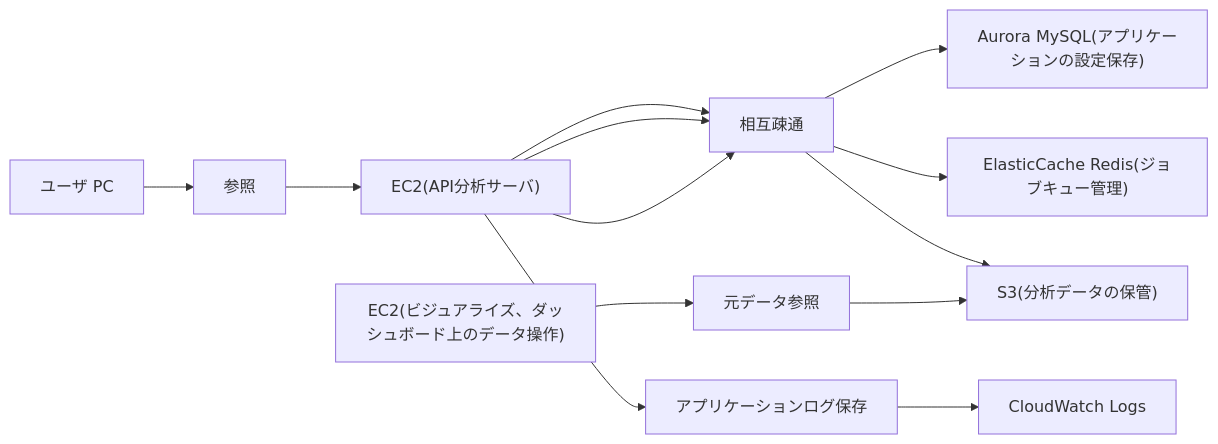
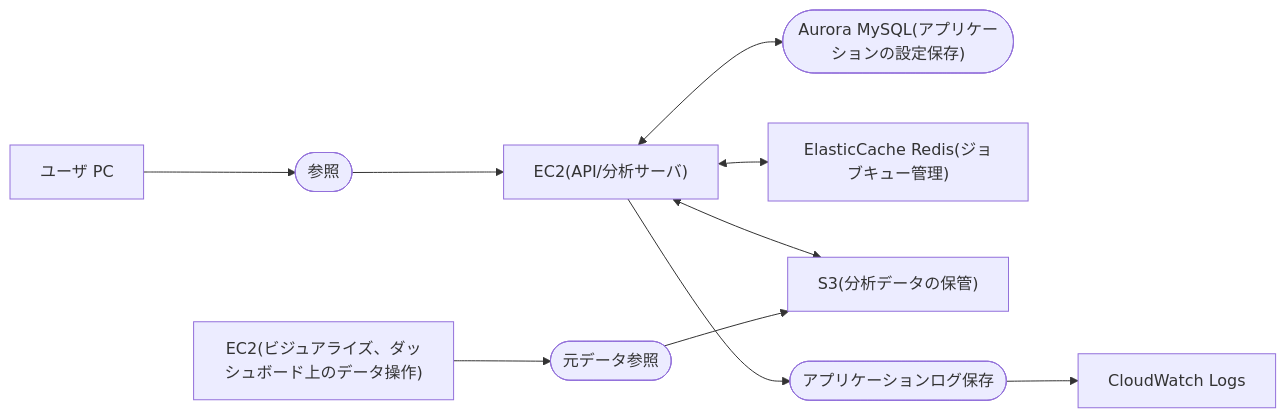
The diagram in content/system/040-system_config.mdx (nehanio/test_githubpages), drawn with Mermaid before and after one commit. The commit also changed 1 other file, not shown here.

Commit message:
システム概要までテキスト清書

````diff
--- a/content/system/040-system_config.mdx
+++ b/content/system/040-system_config.mdx
@@ -9,9 +9,10 @@
 ```mermaid
+%%{init:{'theme':'default'}}%%
 graph LR
-  userpc[ユーザ PC] --> ref[参照] --> ec2["EC2(API分析サーバ)"]
-  ec2 --> traffic[相互疎通] --> aurora["Aurora MySQL(アプリケーションの設定保存)"]
-  ec2 --> traffic --> redis["ElasticCache Redis(ジョブキュー管理)"]
-  ec2 --> traffic --> s3["S3(分析データの保管)"]
-  ec2 --> applog[アプリケーションログ保存] --> logs[CloudWatch Logs]
-  ec2_2["EC2(ビジュアライズ、ダッシュボード上のデータ操作)"] --> dataref[元データ参照] --> s3
+  userpc[ユーザ PC] --> ref([参照]) --> ec2["EC2(API/分析サーバ)"]
+  ec2 <--> aurora(["Aurora MySQL(アプリケーションの設定保存)"])
+  ec2 <--> redis["ElasticCache Redis(ジョブキュー管理)"]
+  ec2 <--> s3["S3(分析データの保管)"]
+  ec2 --> applog([アプリケーションログ保存]) --> logs[CloudWatch Logs]
+  ec2_2["EC2(ビジュアライズ、ダッシュボード上のデータ操作)"] --> dataref([元データ参照]) --> s3["S3(分析データの保管)"]
 ```
````
